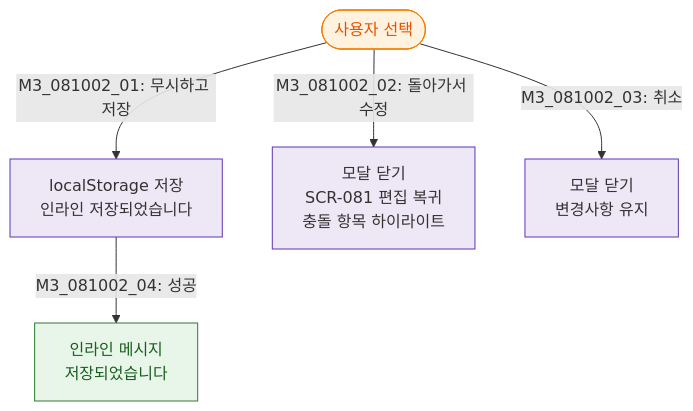
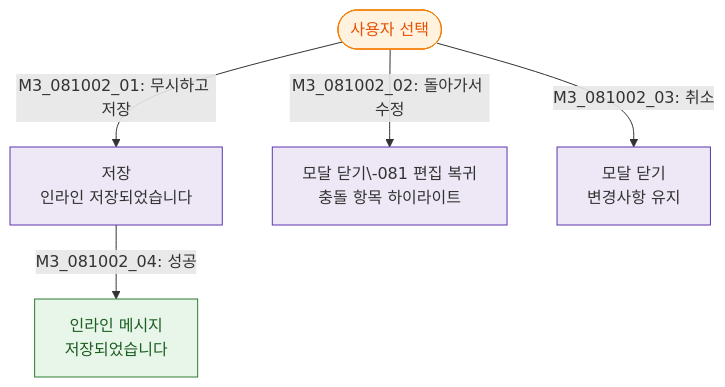
The diagram in docs/다이어그램/D09_설정관리/DLG/DLG-081-002_충돌경고/M3_결과분기.md (dev-spogym/admin-pando), drawn with Mermaid before and after one commit. The commit also changed other lines of this file and 1660 other files, not shown here.

First line of the commit message:
다이어그램: 기획자/클라이언트 납품본으로 정리

````diff
--- a/docs/다이어그램/D09_설정관리/DLG/DLG-081-002_충돌경고/M3_결과분기.md
+++ b/docs/다이어그램/D09_설정관리/DLG/DLG-081-002_충돌경고/M3_결과분기.md
@@ -14,15 +12,15 @@
 ```mermaid
 flowchart TD
-    Action([사용자 선택]) -->|"M3_081002_01: 무시하고 저장"| ForceSave[localStorage 저장\n인라인 저장되었습니다]
-    Action -->|"M3_081002_02: 돌아가서 수정"| FixConflict[모달 닫기\nSCR-081 편집 복귀\n충돌 항목 하이라이트]
-    Action -->|"M3_081002_03: 취소"| CancelPath[모달 닫기\n변경사항 유지]
+    Action([사용자 선택]) -->|"M3_081002_01: 무시하고 저장"|ForceSave[저장\n인라인 저장되었습니다]
+    Action -->|"M3_081002_02: 돌아가서 수정"|FixConflict[모달 닫기\-081 편집 복귀\n충돌 항목 하이라이트]
+    Action -->|"M3_081002_03: 취소"|CancelPath[모달 닫기\n변경사항 유지]
 
-    ForceSave -->|"M3_081002_04: 성공"| T_SaveOK[인라인 메시지\n저장되었습니다]
+    ForceSave -->|"M3_081002_04: 성공"|T_SaveOK[인라인 메시지\n저장되었습니다]
 
     classDef modal fill:#FFF3E0,stroke:#F57C00,color:#E65100
     classDef success fill:#E8F5E9,stroke:#2E7D32,color:#1B5E20
     classDef system fill:#EDE7F6,stroke:#5E35B2
     class Action modal
     class T_SaveOK success
     class ForceSave,FixConflict,CancelPath system
 ```
````
